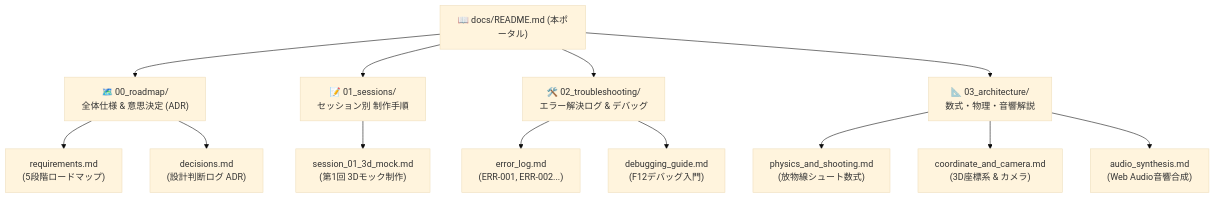
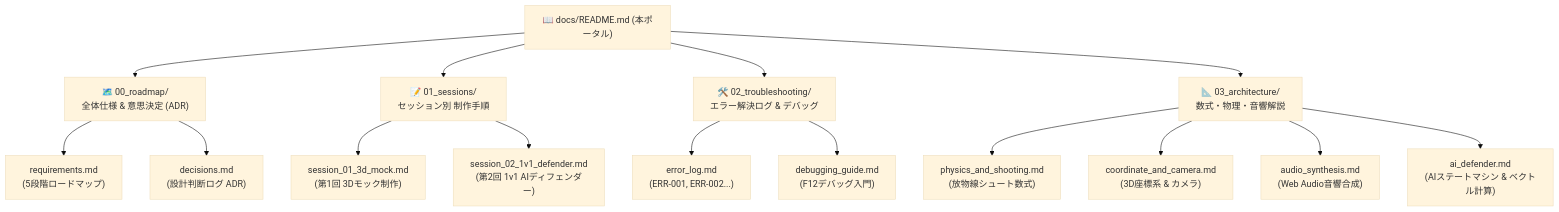
The diagram in games/01_hoops_3d/docs/README.md (takapiece/game-dev-lab), drawn with Mermaid (base theme) before and after one commit. The commit also changed other lines of this file and 23 other files, not shown here.

Commit message:
feat: setup multi-entry phase snapshot architecture with portal launcher and git tags

````diff
--- a/games/01_hoops_3d/docs/README.md
+++ b/games/01_hoops_3d/docs/README.md
@@ -9,19 +9,21 @@
 ```mermaid
 graph TD
     Portal["📖 docs/README.md (本ポータル)"] --> Road["🗺️ 00_roadmap/<br>全体仕様 & 意思決定 (ADR)"]
     Portal --> Sess["📝 01_sessions/<br>セッション別 制作手順"]
     Portal --> Bug["🛠️ 02_troubleshooting/<br>エラー解決ログ & デバッグ"]
     Portal --> Arch["📐 03_architecture/<br>数式・物理・音響解説"]
 
     Road --> Req["requirements.md<br>(5段階ロードマップ)"]
     Road --> Dec["decisions.md<br>(設計判断ログ ADR)"]
 
     Sess --> S1["session_01_3d_mock.md<br>(第1回 3Dモック制作)"]
+    Sess --> S2["session_02_1v1_defender.md<br>(第2回 1v1 AIディフェンダー)"]
 
     Bug --> Err["error_log.md<br>(ERR-001, ERR-002...)"]
     Bug --> Dbg["debugging_guide.md<br>(F12デバッグ入門)"]
 
     Arch --> Phy["physics_and_shooting.md<br>(放物線シュート数式)"]
     Arch --> Cam["coordinate_and_camera.md<br>(3D座標系 & カメラ)"]
     Arch --> Aud["audio_synthesis.md<br>(Web Audio音響合成)"]
+    Arch --> Def["ai_defender.md<br>(AIステートマシン & ベクトル計算)"]
 ```
````
